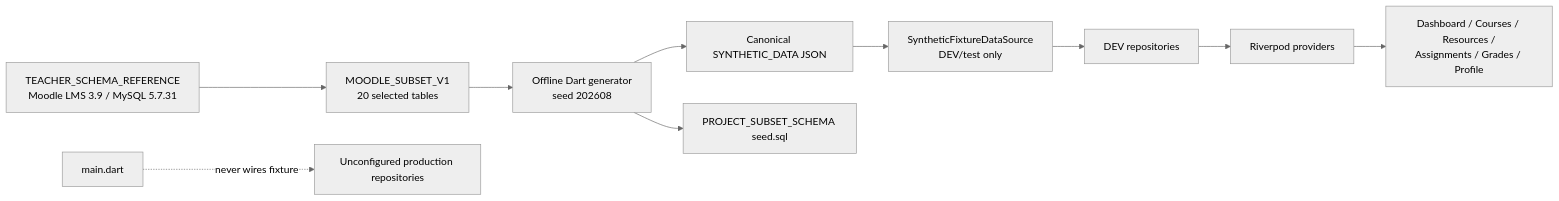
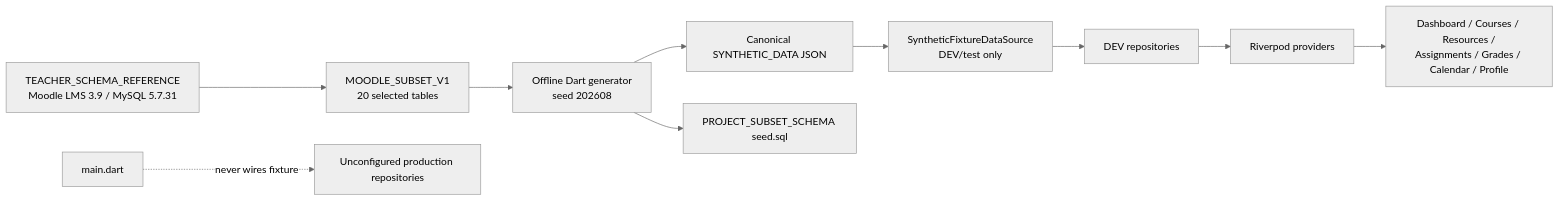
The second of 7 diagrams in docs/ARCHITECTURE.md (teddy3704/DOANTOTNGHIEP), drawn with Mermaid (neutral theme) before and after one commit. The commit also changed other lines of this file and 63 other files, not shown here.

````diff
--- a/docs/ARCHITECTURE.md
+++ b/docs/ARCHITECTURE.md
@@ -82,12 +102,12 @@
 ```mermaid
 flowchart LR
     TeacherSchema["TEACHER_SCHEMA_REFERENCE\nMoodle LMS 3.9 / MySQL 5.7.31"] --> Selection["MOODLE_SUBSET_V1\n20 selected tables"]
     Selection --> Generator["Offline Dart generator\nseed 202608"]
     Generator --> JSON["Canonical SYNTHETIC_DATA JSON"]
     Generator --> SQL["PROJECT_SUBSET_SCHEMA seed.sql"]
     JSON --> FixtureSource["SyntheticFixtureDataSource\nDEV/test only"]
     FixtureSource --> DevRepos["DEV repositories"]
     DevRepos --> Providers["Riverpod providers"]
-    Providers --> StudentUI["Dashboard / Courses / Resources /\nAssignments / Grades / Profile"]
+    Providers --> StudentUI["Dashboard / Courses / Resources /\nAssignments / Grades / Calendar / Profile"]
     MainProd["main.dart"] -. "never wires fixture" .-> Closed["Unconfigured production repositories"]
 ```
````
